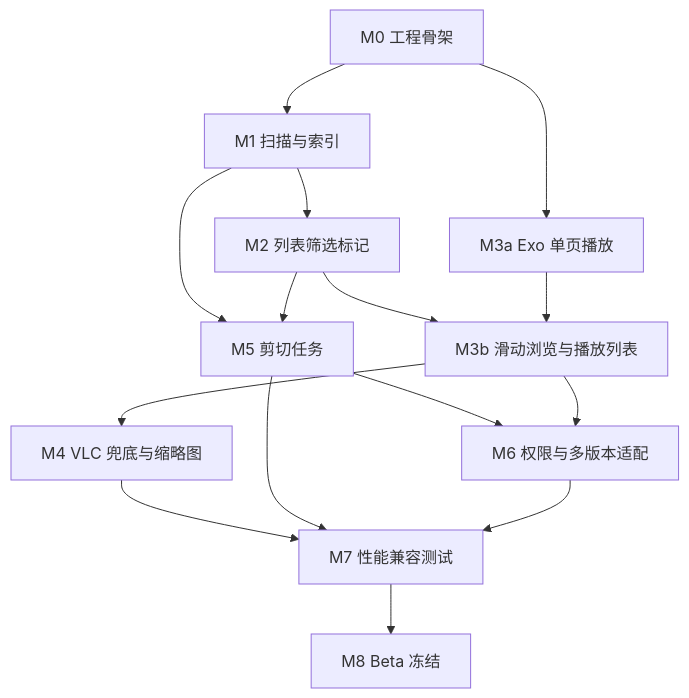
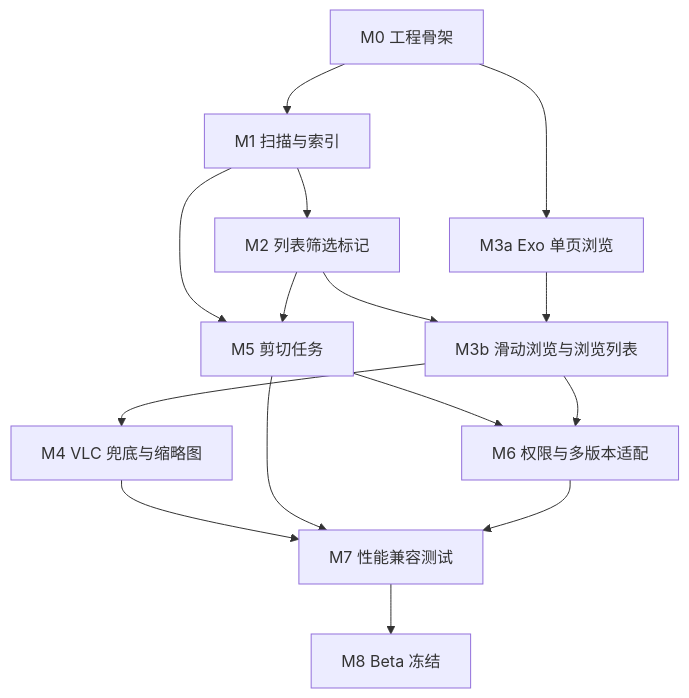
The diagram in docs/开发任务清单_V1.0.md (vf2e/mfp), drawn with Mermaid before and after one commit. The commit also changed other lines of this file and 126 other files, not shown here.

First line of the commit message:
feat: 过图首版——本地图片滑动筛选与剪切整理

````diff
--- a/docs/开发任务清单_V1.0.md
+++ b/docs/开发任务清单_V1.0.md
@@ -33,17 +33,17 @@
 ```mermaid
 flowchart TB
   M0[M0 工程骨架] --> M1[M1 扫描与索引]
-  M0 --> M3a[M3a Exo 单页播放]
+  M0 --> M3a[M3a Exo 单页浏览]
   M1 --> M2[M2 列表筛选标记]
   M1 --> M5[M5 剪切任务]
-  M2 --> M3b[M3b 滑动浏览与播放列表]
+  M2 --> M3b[M3b 滑动浏览与浏览列表]
   M3a --> M3b
   M3b --> M4[M4 VLC 兜底与缩略图]
   M2 --> M5
   M5 --> M6[M6 权限与多版本适配]
   M3b --> M6
   M4 --> M7[M7 性能兼容测试]
   M5 --> M7
   M6 --> M7
   M7 --> M8[M8 Beta 冻结]
 ```
````
